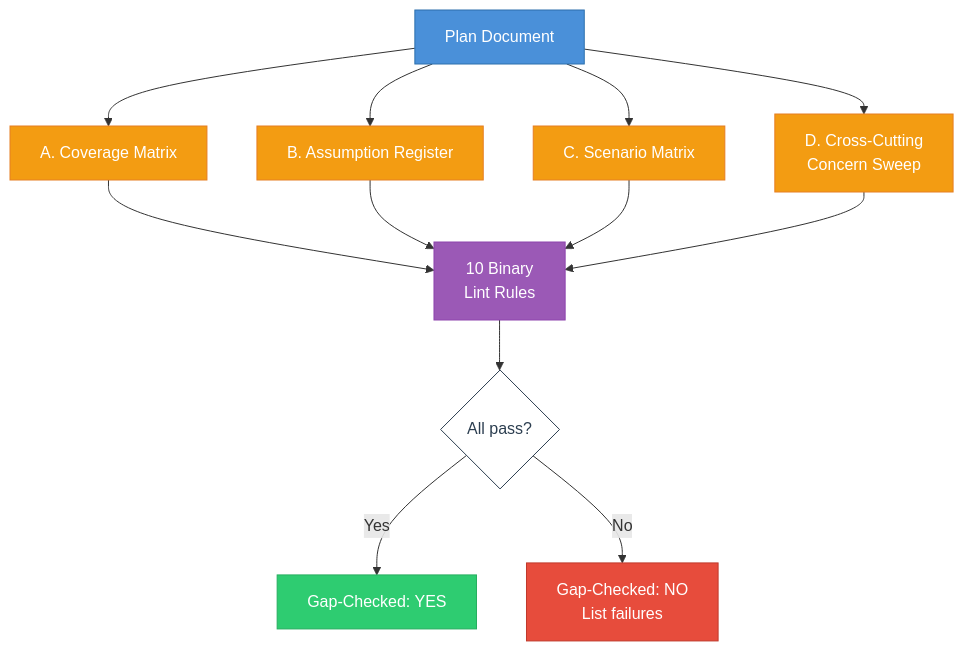
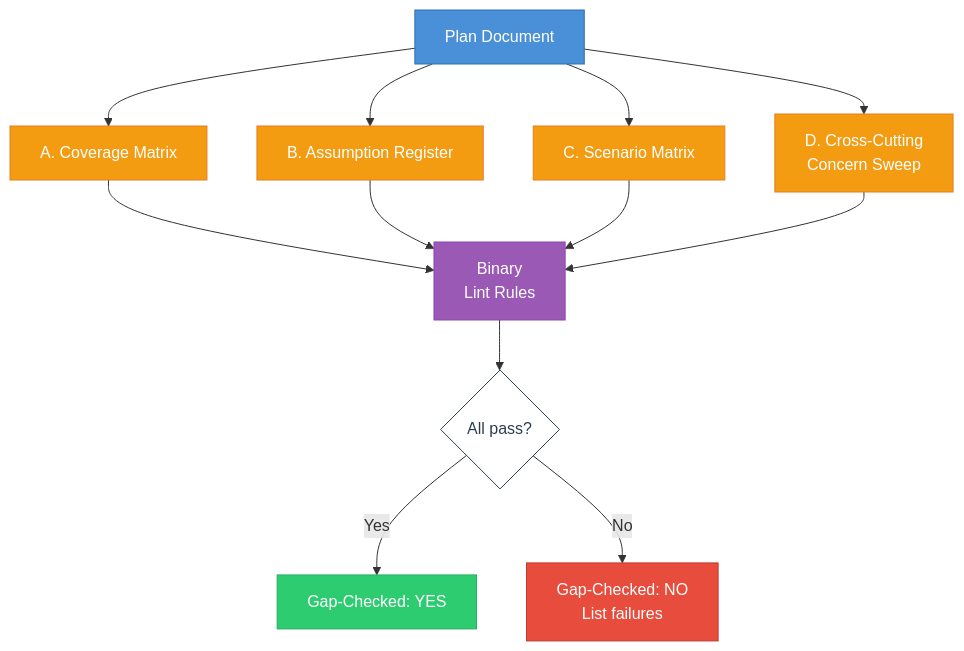
The eighth of 13 diagrams in METHODOLOGY.md (krwhynot/deepgrade), drawn with Mermaid before and after one commit. The commit also changed other lines of this file and 30 other files, not shown here.

````diff
--- a/METHODOLOGY.md
+++ b/METHODOLOGY.md
@@ -1118,26 +1120,26 @@
 ```mermaid
 graph TD
     PLAN["Plan Document"] --> CV["A. Coverage Matrix"]
     PLAN --> AR["B. Assumption Register"]
     PLAN --> SM["C. Scenario Matrix"]
     PLAN --> CC["D. Cross-Cutting<br/>Concern Sweep"]
 
-    CV --> LINT["10 Binary<br/>Lint Rules"]
+    CV --> LINT["Binary<br/>Lint Rules"]
     AR --> LINT
     SM --> LINT
     CC --> LINT
 
     LINT --> VERDICT{"All pass?"}
     VERDICT -->|Yes| GAPPED["Gap-Checked: YES"]
     VERDICT -->|No| NOTGAPPED["Gap-Checked: NO<br/>List failures"]
 
     style PLAN fill:#4A90D9,stroke:#2C6FAC,color:#fff
     style CV fill:#F39C12,stroke:#E67E22,color:#fff
     style AR fill:#F39C12,stroke:#E67E22,color:#fff
     style SM fill:#F39C12,stroke:#E67E22,color:#fff
     style CC fill:#F39C12,stroke:#E67E22,color:#fff
     style LINT fill:#9B59B6,stroke:#8E44AD,color:#fff
     style VERDICT fill:#fff,stroke:#2C3E50,color:#2C3E50
     style GAPPED fill:#2ECC71,stroke:#27AE60,color:#fff
     style NOTGAPPED fill:#E74C3C,stroke:#C0392B,color:#fff
 ```
````
